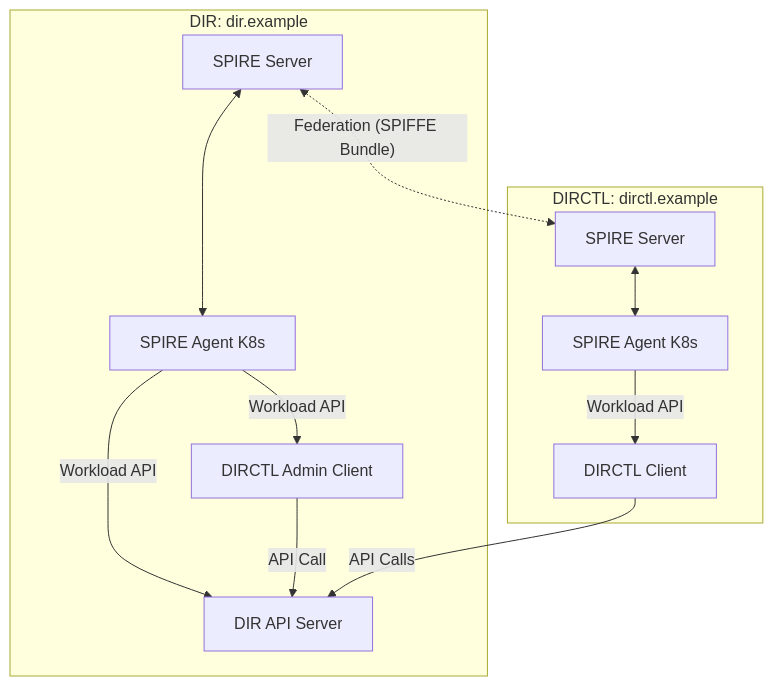
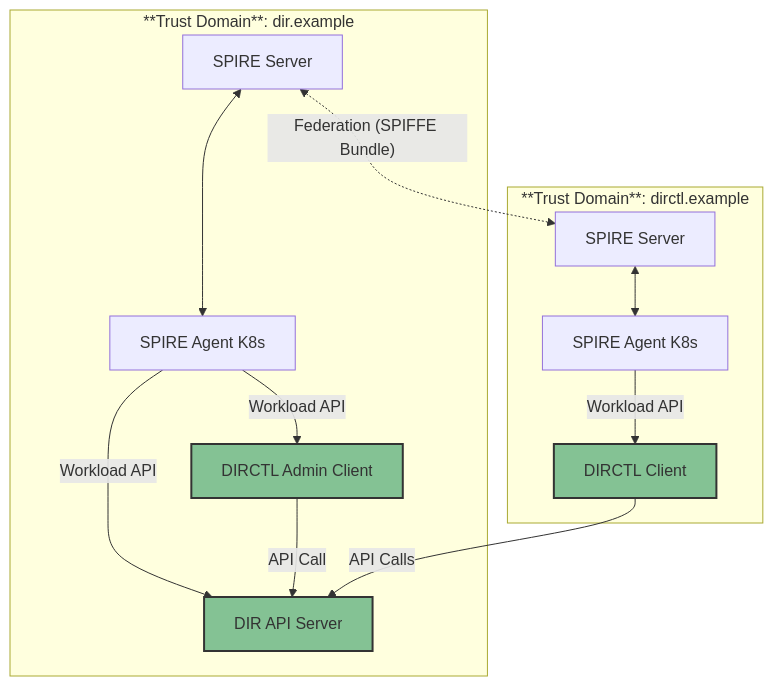
Before and after one commit to agntcy/docs: the third of 3 diagrams in docs/dir/trust-model.md, drawn with Mermaid. The commit also changed other lines of this file and 9 other files, not shown here.

````diff
--- a/docs/dir/trust-model.md
+++ b/docs/dir/trust-model.md
@@ -200,22 +241,26 @@
 ```mermaid
 flowchart TD
-  subgraph DIR_Trust_Domain[DIR: dir.example]
+  subgraph DIR_Trust_Domain[**Trust Domain**: dir.example]
     DIR_SPIRE_SERVER[SPIRE Server]
     DIR_API_SERVER[DIR API Server]
     DIRCTL_API_CLIENT[DIRCTL Admin Client]
     DIR_SPIRE_AGENT1[SPIRE Agent K8s]
     DIR_SPIRE_SERVER <--> DIR_SPIRE_AGENT1
     DIR_SPIRE_AGENT1 -->|"Workload API"| DIR_API_SERVER
     DIR_SPIRE_AGENT1 -->|"Workload API"| DIRCTL_API_CLIENT
     DIRCTL_API_CLIENT -->|"API Call"| DIR_API_SERVER
   end
-  subgraph DIRCTL_Trust_Domain[DIRCTL: dirctl.example]
+  subgraph DIRCTL_Trust_Domain[**Trust Domain**: dirctl.example]
     DIRCTL_SPIRE_SERVER[SPIRE Server]
     DIRCTL_CLIENT[DIRCTL Client]
     DIRCTL_SPIRE_AGENT1[SPIRE Agent K8s]
     DIRCTL_SPIRE_SERVER <--> DIRCTL_SPIRE_AGENT1
     DIRCTL_SPIRE_AGENT1 -->|"Workload API"| DIRCTL_CLIENT
   end
   DIR_SPIRE_SERVER <-.->|"Federation (SPIFFE Bundle)"| DIRCTL_SPIRE_SERVER
   DIRCTL_CLIENT -->|"API Calls"| DIR_API_SERVER
+
+  style DIRCTL_CLIENT fill:#84c294,stroke:#333,stroke-width:2px
+  style DIR_API_SERVER fill:#84c294,stroke:#333,stroke-width:2px
+  style DIRCTL_API_CLIENT fill:#84c294,stroke:#333,stroke-width:2px
 ```
````
